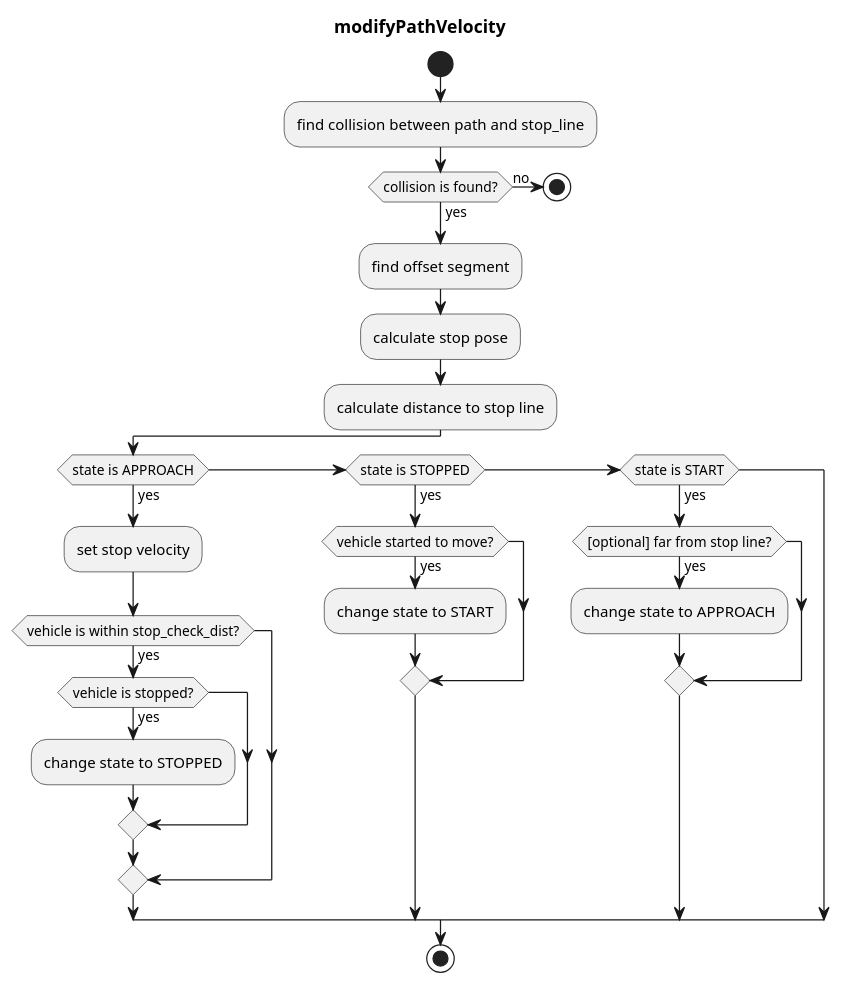
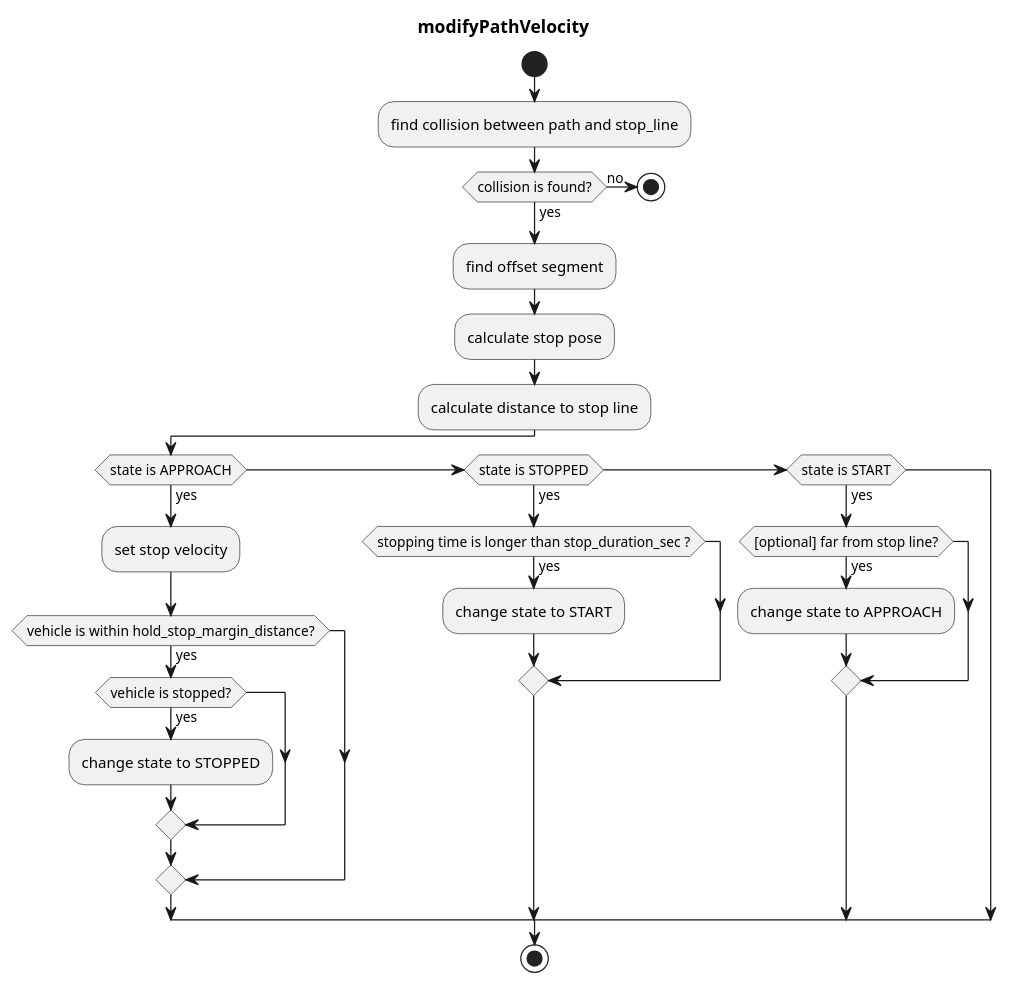
The diagram in planning/behavior_velocity_stop_line_module/README.md (autowarefoundation/autoware), drawn with PlantUML before and after one commit. The commit also changed other lines of this file, not shown here.

Commit message:
docs(behavior_velocity_stop_line_module): update document (#4417)

````diff
--- a/planning/behavior_velocity_stop_line_module/README.md
+++ b/planning/behavior_velocity_stop_line_module/README.md
@@ -32,39 +32,39 @@
 ```plantuml
 @startuml
 title modifyPathVelocity
 start
 
 :find collision between path and stop_line;
 
 if (collision is found?) then (yes)
 else (no)
   stop
 endif
 
 :find offset segment;
 
 :calculate stop pose;
 
 :calculate distance to stop line;
 
 if (state is APPROACH) then (yes)
   :set stop velocity;
 
-  if (vehicle is within stop_check_dist?) then (yes)
+  if (vehicle is within hold_stop_margin_distance?) then (yes)
     if (vehicle is stopped?) then (yes)
       :change state to STOPPED;
     endif
   endif
 else if (state is STOPPED) then (yes)
-  if (vehicle started to move?) then (yes)
+  if (stopping time is longer than stop_duration_sec ?) then (yes)
     :change state to START;
   endif
 else if (state is START) then (yes)
   if ([optional] far from stop line?) then (yes)
     :change state to APPROACH;
   endif
 endif
 
 stop
 @enduml
 ```
````
